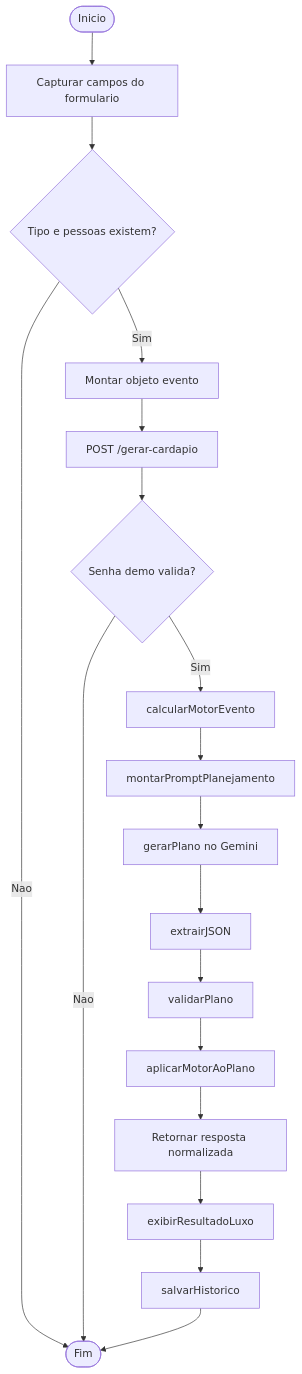
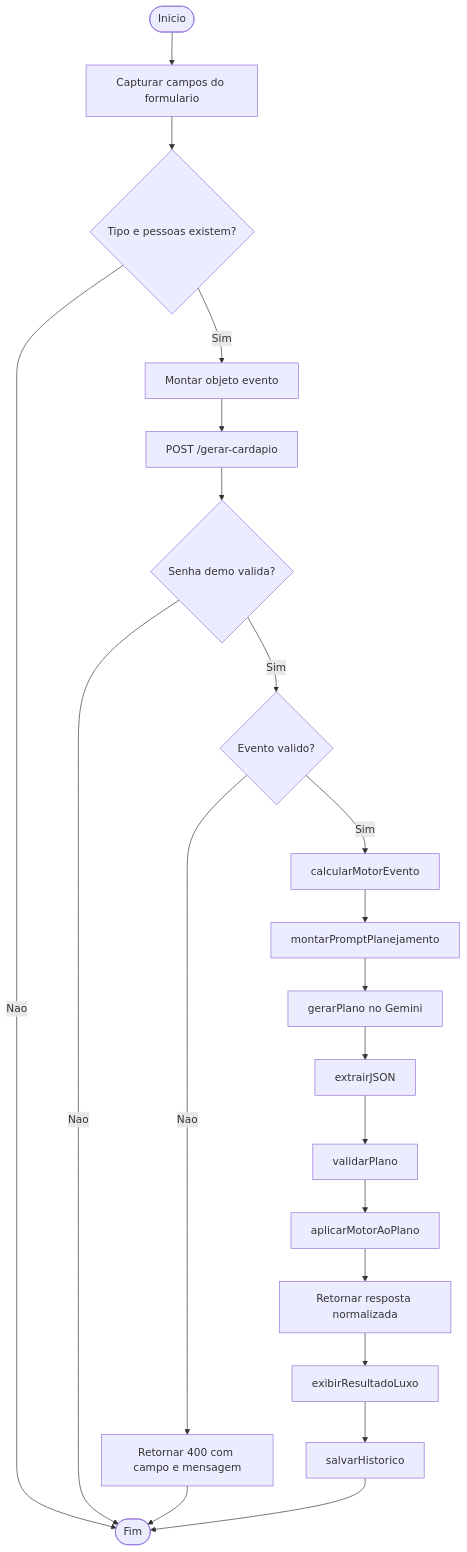
One commit to samuelescoval-tech/app-cardapio-ia changed the second of 6 diagrams in docs/FLUXOS_DE_PROCESSO.md. Above: the diagram before and after it, drawn with Mermaid. The commit also changed other lines of this file and 24 other files, not shown here.

````diff
--- a/docs/FLUXOS_DE_PROCESSO.md
+++ b/docs/FLUXOS_DE_PROCESSO.md
@@ -126,37 +121,42 @@
 ```mermaid
 flowchart TD
     inicio([Inicio])
     capturar["Capturar campos do formulario"]
     validarMinimo{"Tipo e pessoas existem?"}
     montarEvento["Montar objeto evento"]
     enviar["POST /gerar-cardapio"]
     validarSenha{"Senha demo valida?"}
+    validarEvento{"Evento valido?"}
+    erroEntrada["Retornar 400 com campo e mensagem"]
     calcularMotor["calcularMotorEvento"]
     montarPrompt["montarPromptPlanejamento"]
     chamarGemini["gerarPlano no Gemini"]
     extrair["extrairJSON"]
     validarPlano["validarPlano"]
     aplicarMotor["aplicarMotorAoPlano"]
     responder["Retornar resposta normalizada"]
     renderizar["exibirResultadoLuxo"]
     salvar["salvarHistorico"]
     fim([Fim])
 
     inicio --> capturar
     capturar --> validarMinimo
     validarMinimo -->|"Nao"| fim
     validarMinimo -->|"Sim"| montarEvento
     montarEvento --> enviar
     enviar --> validarSenha
     validarSenha -->|"Nao"| fim
-    validarSenha -->|"Sim"| calcularMotor
+    validarSenha -->|"Sim"| validarEvento
+    validarEvento -->|"Nao"| erroEntrada
+    erroEntrada --> fim
+    validarEvento -->|"Sim"| calcularMotor
     calcularMotor --> montarPrompt
     montarPrompt --> chamarGemini
     chamarGemini --> extrair
     extrair --> validarPlano
     validarPlano --> aplicarMotor
     aplicarMotor --> responder
     responder --> renderizar
     renderizar --> salvar
     salvar --> fim
 ```
````
